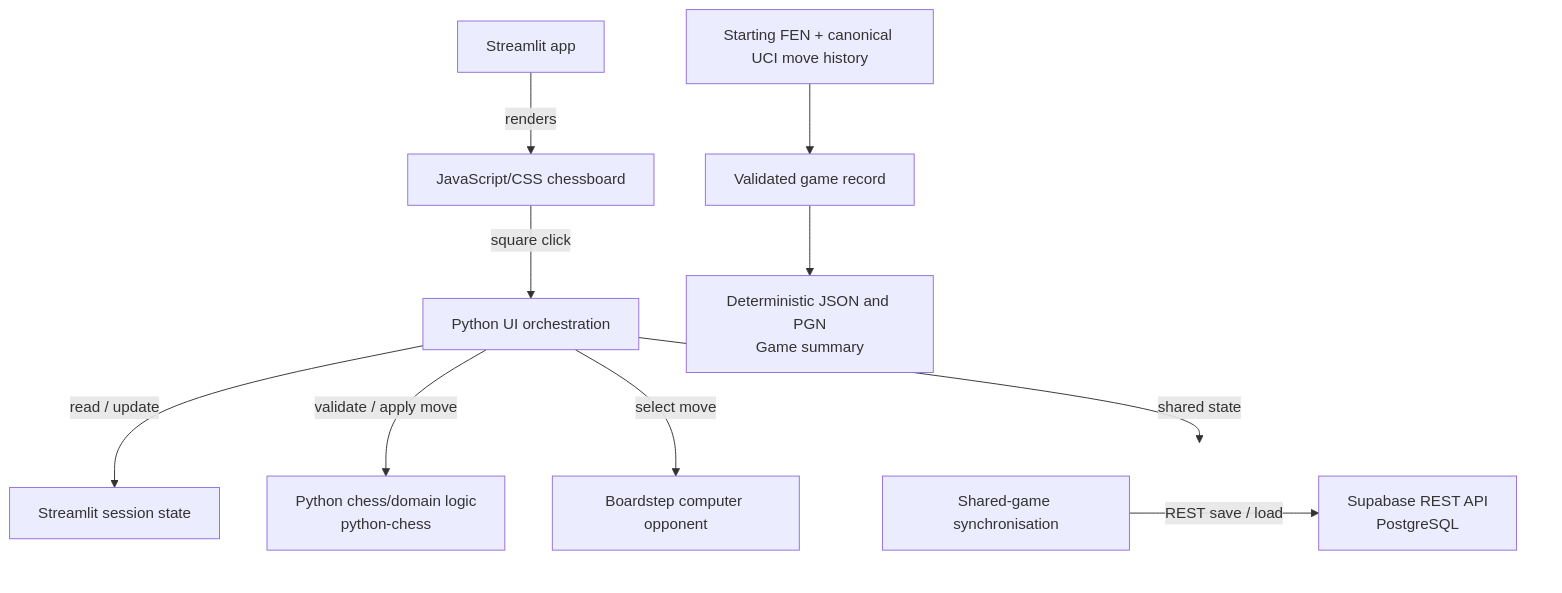
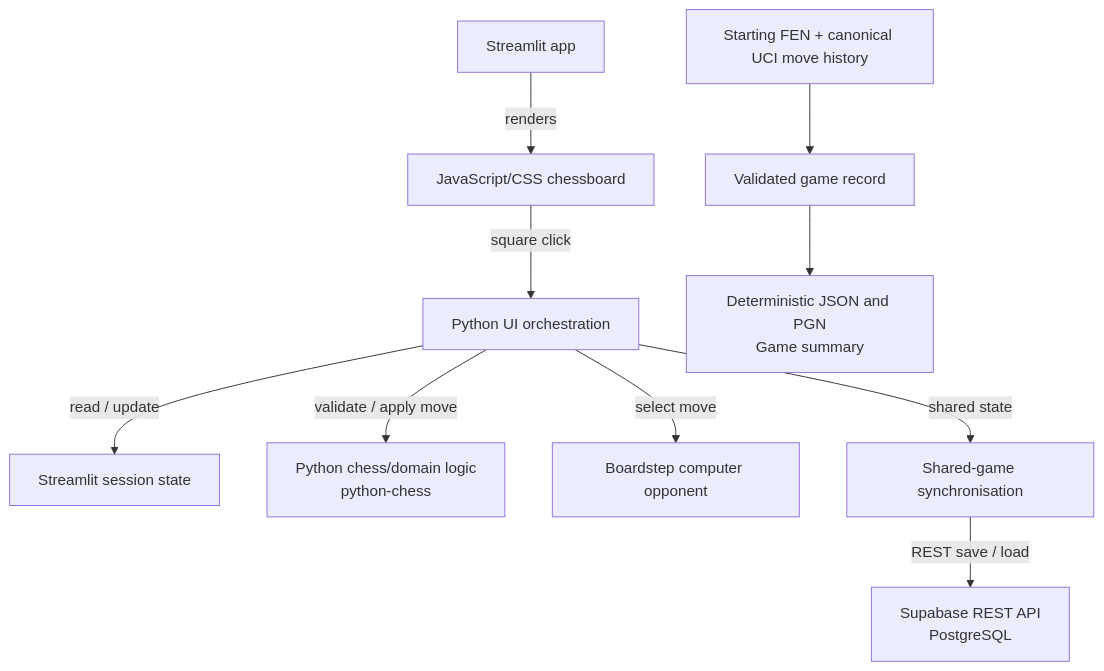
Before and after one commit to NikolayAir/Boardstep: the diagram in README.md, drawn with Mermaid. The commit also changed other lines of this file, not shown here.

Commit message:
Clarify README diagram and wording

````diff
--- a/README.md
+++ b/README.md
@@ -22,21 +22,15 @@
 ```mermaid
 flowchart TB
     UI["Streamlit app"] -->|"renders"| Board["JavaScript/CSS chessboard"]
     Board -->|"square click"| Handler["Python UI orchestration"]
 
     Handler -->|"read / update"| State["Streamlit session state"]
     Handler -->|"validate / apply move"| Rules["Python chess/domain logic<br/>python-chess"]
     Handler -->|"select move"| Computer["Boardstep computer opponent"]
+    Handler -->|"shared state"| Sync["Shared-game synchronisation"]
 
-    subgraph Shared[" "]
-        direction LR
-        Sync["Shared-game synchronisation"] -->|"REST save / load"| Storage["Supabase REST API<br/>PostgreSQL"]
-    end
-
-    Handler -->|"shared state"| Sync
+    Sync -->|"REST save / load"| Storage["Supabase REST API<br/>PostgreSQL"]
 
     History["Starting FEN + canonical UCI move history"] --> Record["Validated game record"]
     Record --> Outputs["Deterministic JSON and PGN<br/>Game summary"]
-
-    style Shared fill:none,stroke:none
 ```
````
